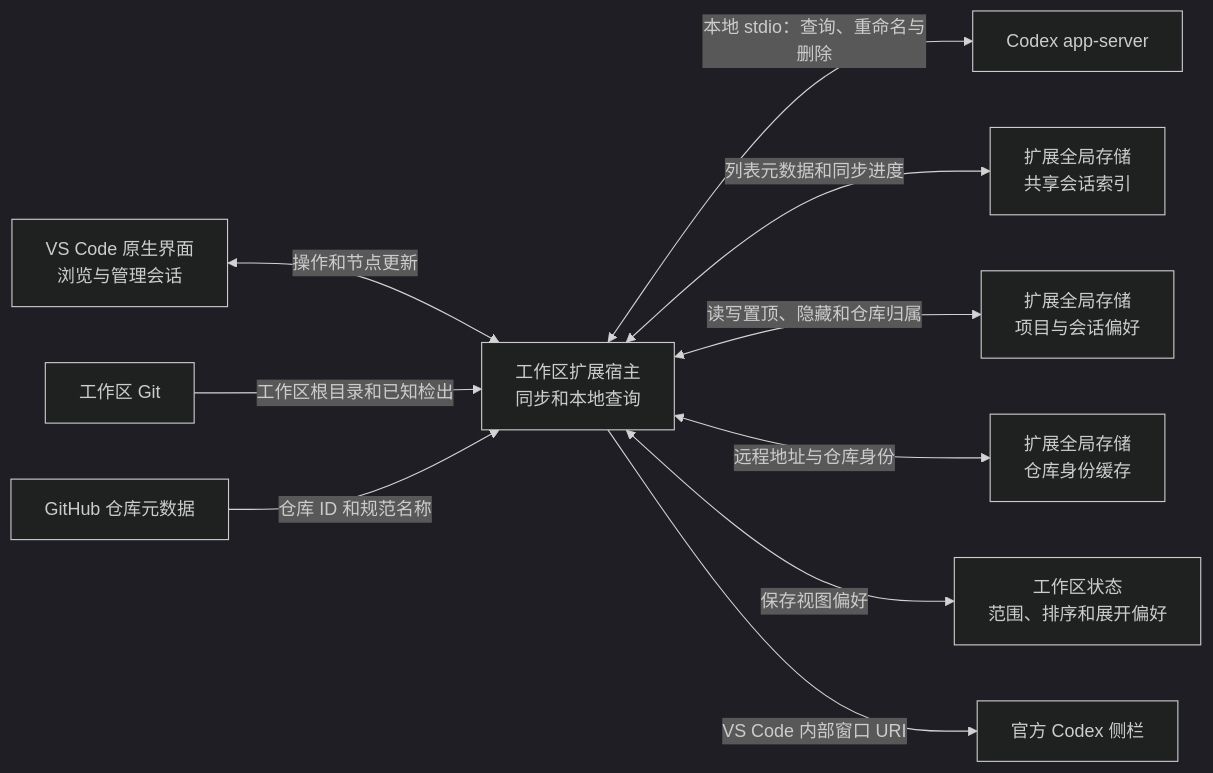
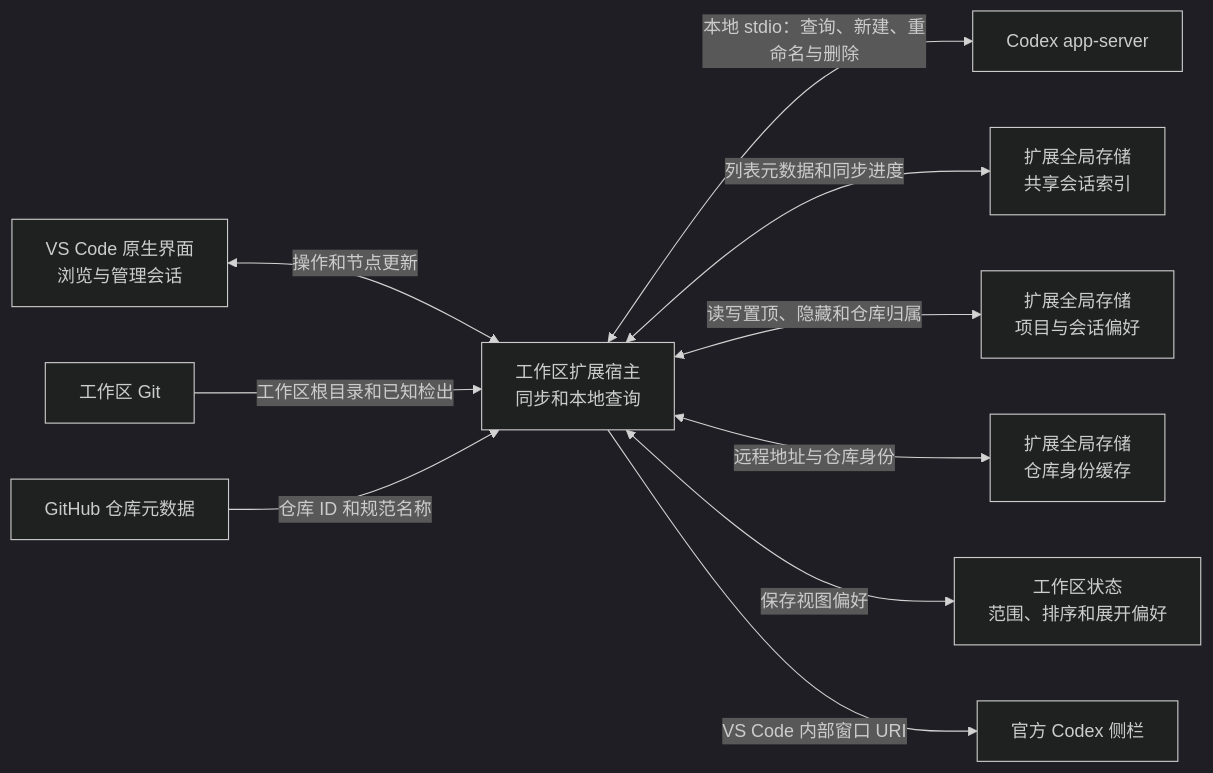
The diagram in ARCH.md (jaypume/vscode-codex-chats-list), drawn with Mermaid (dark theme) before and after one commit. The commit also changed 14 other files, not shown here.

````diff
--- a/ARCH.md
+++ b/ARCH.md
@@ -3,22 +3,22 @@
 ```mermaid
 flowchart LR
   UI["VS Code 原生界面<br/>浏览与管理会话"]
   Host["工作区扩展宿主<br/>同步和本地查询"]
   Git["工作区 Git"]
   GitHub["GitHub 仓库元数据"]
   Server["Codex app-server"]
   Codex["官方 Codex 侧栏"]
   Prefs["工作区状态<br/>范围、排序和展开偏好"]
   Index["扩展全局存储<br/>共享会话索引"]
   Preferences["扩展全局存储<br/>项目与会话偏好"]
   Repositories["扩展全局存储<br/>仓库身份缓存"]
   UI <-->|"操作和节点更新"| Host
-  Host <-->|"本地 stdio：查询、重命名与删除"| Server
+  Host <-->|"本地 stdio：查询、新建、重命名与删除"| Server
   Host <-->|"列表元数据和同步进度"| Index
   Host <-->|"读写置顶、隐藏和仓库归属"| Preferences
   Git -->|"工作区根目录和已知检出"| Host
   GitHub -->|"仓库 ID 和规范名称"| Host
   Host <-->|"远程地址与仓库身份"| Repositories
   Host <-->|"保存视图偏好"| Prefs
   Host -->|"VS Code 内部窗口 URI"| Codex
 ```
````
